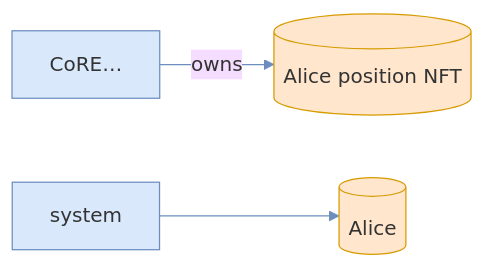
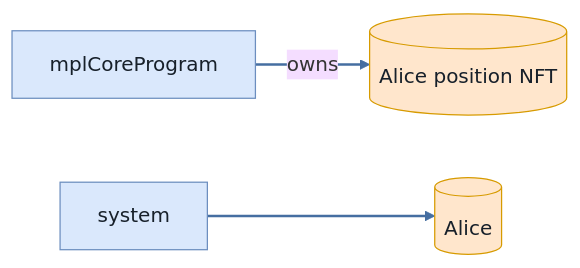
One commit to cds-turbin3/vesting-position changed diagram 15 of 36 in babelfish-tests/test-report/full_lifecycle.md. Above: the diagram before and after it, drawn with Mermaid (base theme). The commit also changed other lines of this file and 106 other files, not shown here.

````diff
--- a/babelfish-tests/test-report/full_lifecycle.md
+++ b/babelfish-tests/test-report/full_lifecycle.md
@@ -740,13 +738,13 @@
 ```mermaid
 flowchart LR
-    CoRE["CoRE…"]:::program
+    mplCoreProgram["mplCoreProgram"]:::program
     AlicepositionNFT[("Alice position NFT")]:::state
     system["system"]:::program
     Alice[("Alice")]:::state
-    CoRE -->|owns| AlicepositionNFT
+    mplCoreProgram -->|owns| AlicepositionNFT
     system --> Alice
-    classDef program fill:#dae8fc,stroke:#6c8ebf;
-    classDef signer fill:#d5e8d4,stroke:#82b366;
-    classDef state fill:#ffe6cc,stroke:#d79b00;
-    linkStyle 0,1 stroke:#6c8ebf
+    classDef program fill:#dae8fc,stroke:#6c8ebf,color:#17202a;
+    classDef signer fill:#d5e8d4,stroke:#82b366,color:#17202a;
+    classDef state fill:#ffe6cc,stroke:#d79b00,color:#17202a;
+    linkStyle 0,1 stroke:#456ea1,stroke-width:2px
 ```
````
